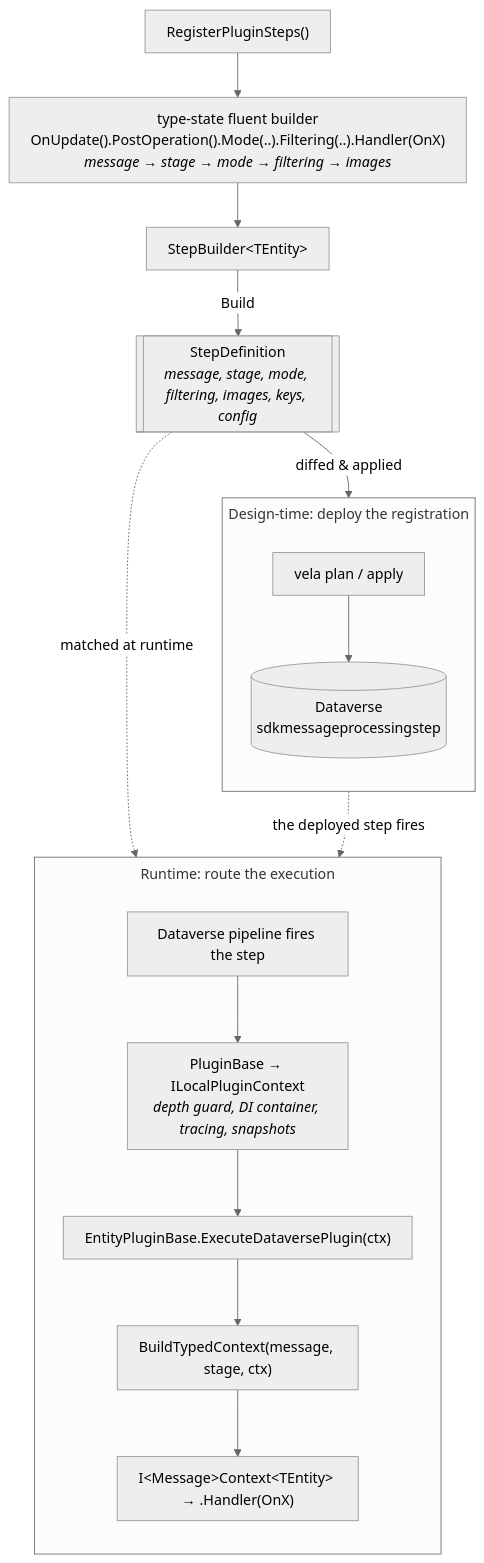
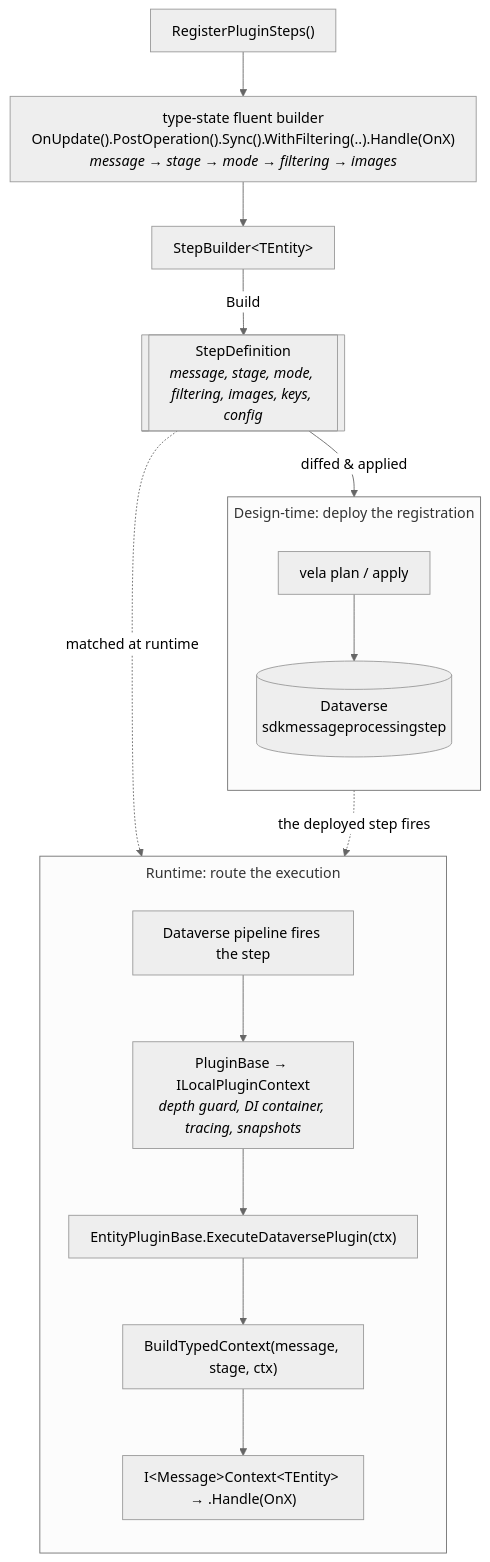
Before and after one commit to allandecastro/vela: the diagram in docs/advanced/architecture.md, drawn with Mermaid (neutral theme). The commit also changed other lines of this file and 10 other files, not shown here.

````diff
--- a/docs/advanced/architecture.md
+++ b/docs/advanced/architecture.md
@@ -49,31 +49,31 @@
 ```mermaid
 %%{init: {"flowchart": {"subGraphTitleMargin": {"top": 6, "bottom": 18}, "nodeSpacing": 45, "rankSpacing": 50, "padding": 12}}}%%
 flowchart TB
     A["RegisterPluginSteps()"]
-    B["type-state fluent builder<br/>OnUpdate().PostOperation().Mode(..).Filtering(..).Handler(OnX)<br/><i>message → stage → mode → filtering → images</i>"]
+    B["type-state fluent builder<br/>OnUpdate().PostOperation().Sync().WithFiltering(..).Handle(OnX)<br/><i>message → stage → mode → filtering → images</i>"]
     C["StepBuilder&lt;TEntity&gt;"]
     SD[["StepDefinition<br/><i>message, stage, mode, filtering, images, keys, config</i>"]]
     A --> B --> C
     C -->|Build| SD
 
     subgraph deploy ["Design-time: deploy the registration"]
         direction TB
         E["vela plan / apply"]
         F[("Dataverse<br/>sdkmessageprocessingstep")]
         E --> F
     end
 
     subgraph runtime ["Runtime: route the execution"]
         direction TB
         G["Dataverse pipeline fires the step"]
         I["PluginBase → ILocalPluginContext<br/><i>depth guard, DI container, tracing, snapshots</i>"]
         K["EntityPluginBase.ExecuteDataversePlugin(ctx)"]
         L["BuildTypedContext(message, stage, ctx)"]
-        N["I&lt;Message&gt;Context&lt;TEntity&gt; → .Handler(OnX)"]
+        N["I&lt;Message&gt;Context&lt;TEntity&gt; → .Handle(OnX)"]
         G --> I --> K --> L --> N
     end
 
     SD -->|diffed & applied| E
     SD -. "matched at runtime" .-> K
     F -. "the deployed step fires" .-> G
 ```
````
